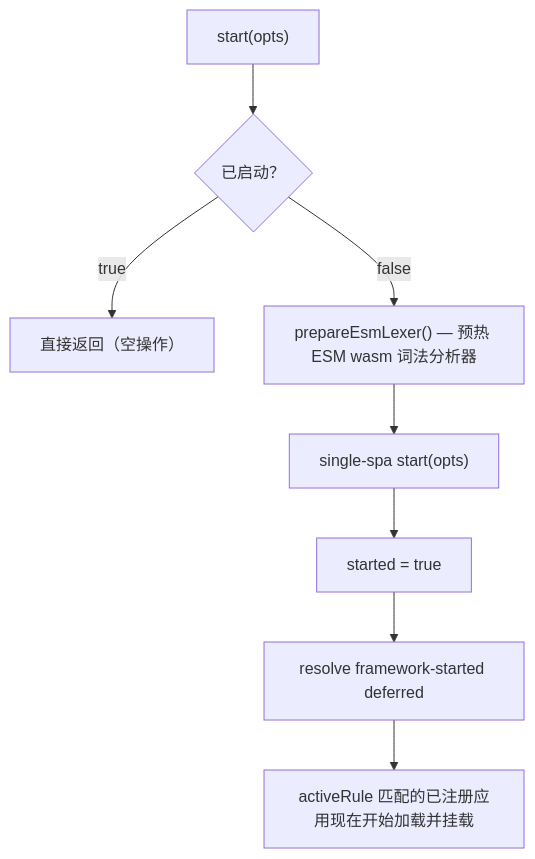
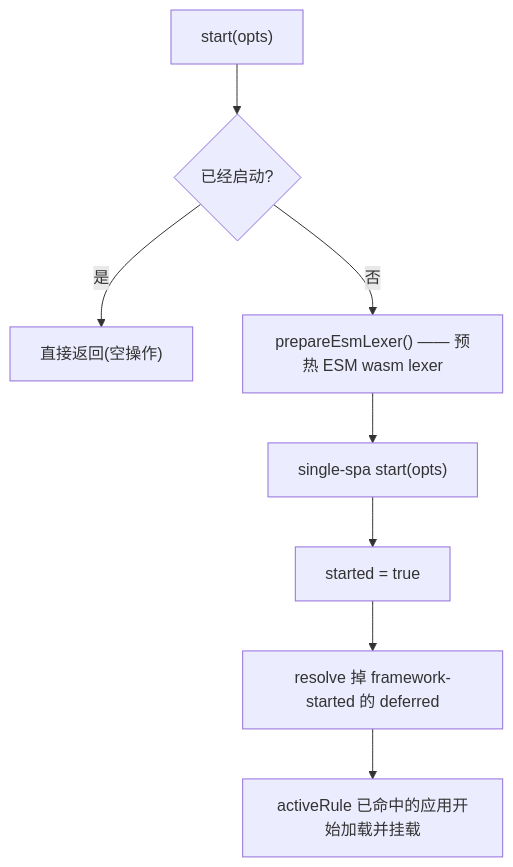
Before and after one commit to umijs/qiankun: the diagram in docs/zh-CN/api/start.md, drawn with Mermaid. The commit also changed other lines of this file and 63 other files, not shown here.

````diff
--- a/docs/zh-CN/api/start.md
+++ b/docs/zh-CN/api/start.md
@@ -31,10 +31,10 @@
 ```mermaid
 flowchart TD
-  A["start(opts)"] --> B{已启动？}
-  B -- "true" --> Z["直接返回（空操作）"]
-  B -- "false" --> C["prepareEsmLexer() — 预热 ESM wasm 词法分析器"]
+  A["start(opts)"] --> B{已经启动?}
+  B -- "是" --> Z["直接返回(空操作)"]
+  B -- "否" --> C["prepareEsmLexer() —— 预热 ESM wasm lexer"]
   C --> D["single-spa start(opts)"]
   D --> E["started = true"]
-  E --> F["resolve framework-started deferred"]
-  F --> G["activeRule 匹配的已注册应用现在开始加载并挂载"]
+  E --> F["resolve 掉 framework-started 的 deferred"]
+  F --> G["activeRule 已命中的应用开始加载并挂载"]
 ```
````
